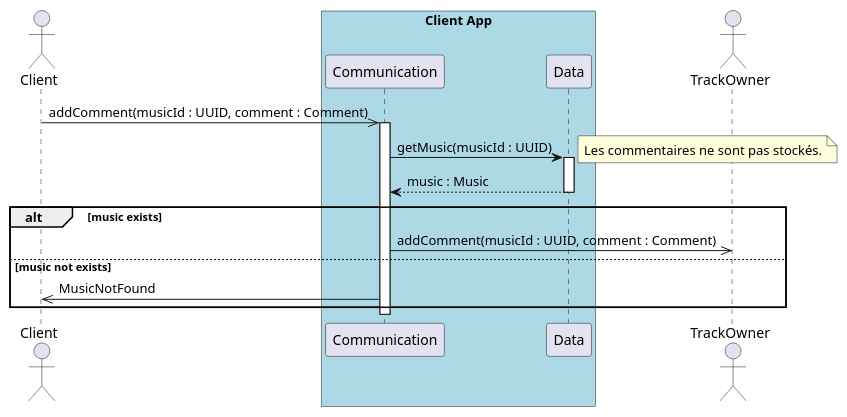
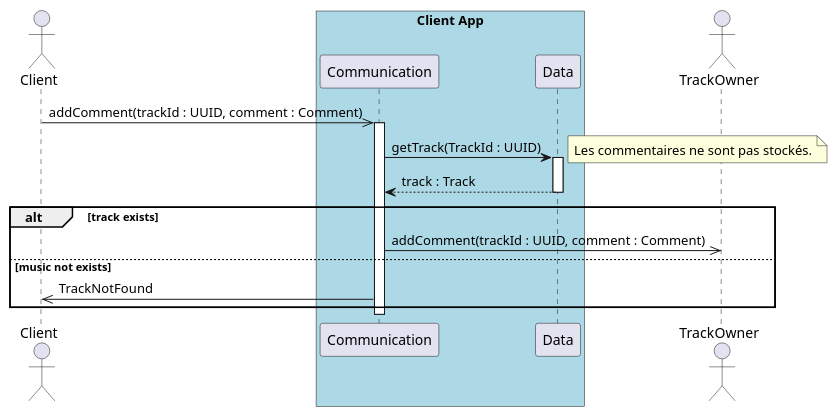
The diagram in sequence/4.2_add_comment_server.puml (UTCAI12/Diagrams), drawn with PlantUML before and after one commit. The commit also changed 3 other files, not shown here.

Commit message:
Renaming variables and methods to match the class diagram.

```diff
--- a/sequence/4.2_add_comment_server.puml
+++ b/sequence/4.2_add_comment_server.puml
@@ -1,28 +1,28 @@
 @startuml 4.2. User add a comment to a music (server)
 
 actor Client as client
 
 box "Client App" #LightBlue
     participant Communication as com
     participant Data as data
 end box
 
 actor TrackOwner as owner
 
-client ->> com : addComment(musicId : UUID, comment : Comment)
+client ->> com : addComment(trackId : UUID, comment : Comment)
 
 activate com
 
-com -> data++ : getMusic(musicId : UUID)
+com -> data++ : getTrack(TrackId : UUID)
 note right : Les commentaires ne sont pas stockés.
-return music : Music
+return track : Track
 
-alt music exists
-    com ->> owner : addComment(musicId : UUID, comment : Comment)
+alt track exists
+    com ->> owner : addComment(trackId : UUID, comment : Comment)
 else music not exists
-    com ->> client : MusicNotFound
+    com ->> client : TrackNotFound
 end
 
 deactivate com
 
 @enduml
```
